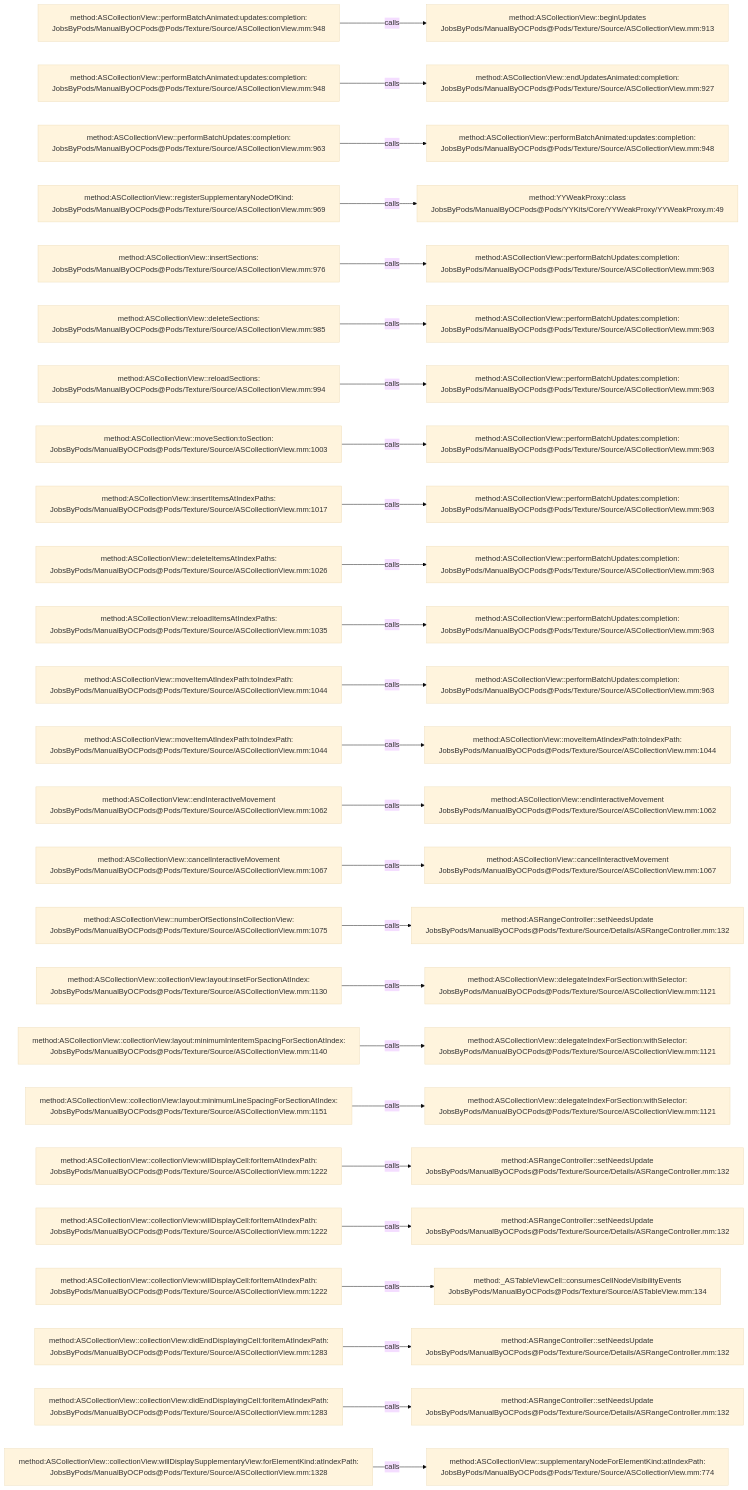
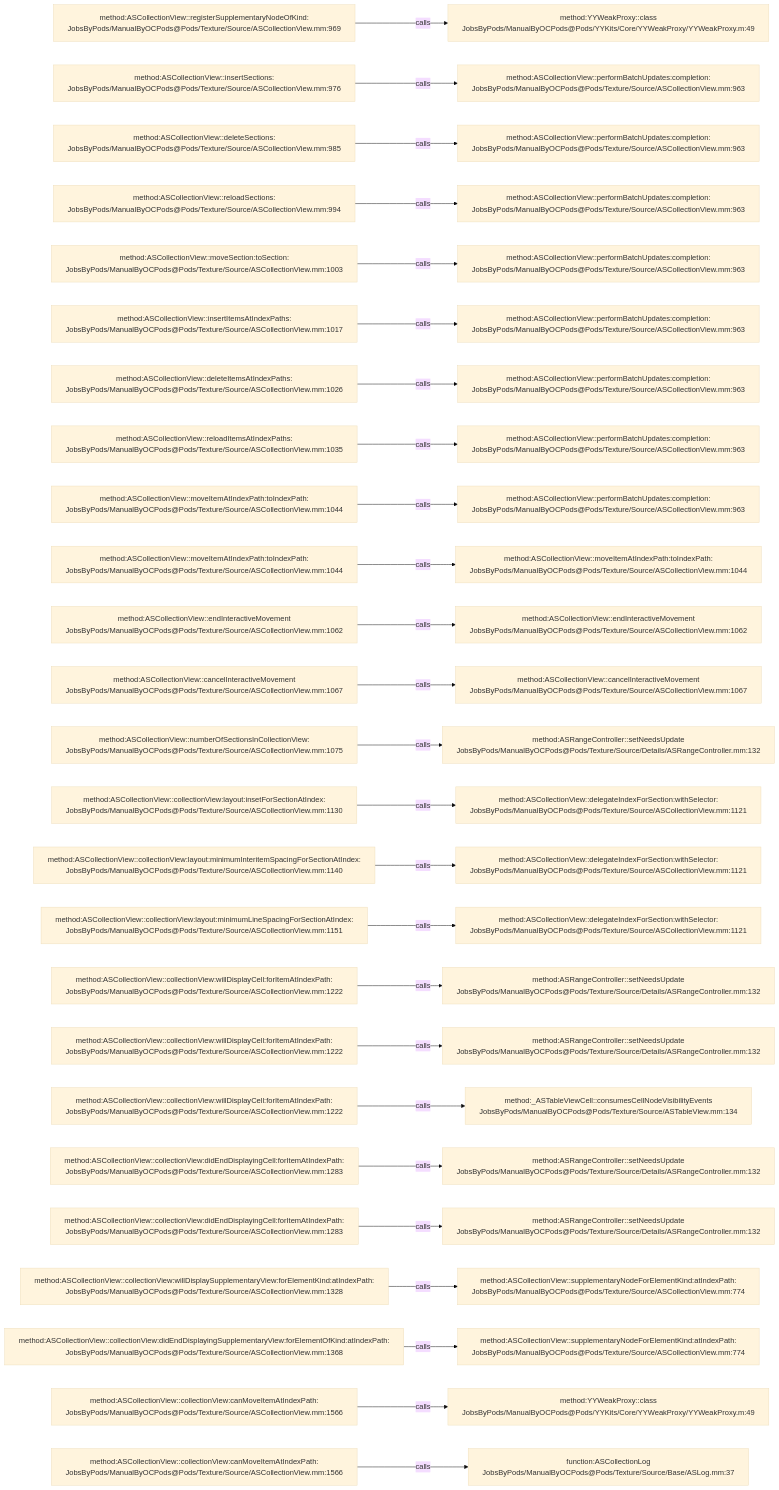
One commit to JobsKits/JobsOCBaseConfigDemo changed the diagram in .codegraph/codegraph.md/graphs/calls-083.md. Above: the diagram before and after it, drawn with Mermaid (base theme). The commit also changed 342 other files, not shown here.

````diff
--- a/.codegraph/codegraph.md/graphs/calls-083.md
+++ b/.codegraph/codegraph.md/graphs/calls-083.md
@@ -13,78 +13,78 @@
 ```mermaid
 flowchart LR
-  S1["method:ASCollectionView::performBatchAnimated:updates:completion:<br/>JobsByPods/ManualByOCPods@Pods/Texture/Source/ASCollectionView.mm:948"]
-  T1["method:ASCollectionView::beginUpdates<br/>JobsByPods/ManualByOCPods@Pods/Texture/Source/ASCollectionView.mm:913"]
+  S1["method:ASCollectionView::registerSupplementaryNodeOfKind:<br/>JobsByPods/ManualByOCPods@Pods/Texture/Source/ASCollectionView.mm:969"]
+  T1["method:YYWeakProxy::class<br/>JobsByPods/ManualByOCPods@Pods/YYKits/Core/YYWeakProxy/YYWeakProxy.m:49"]
   S1 -->|calls| T1
-  S2["method:ASCollectionView::performBatchAnimated:updates:completion:<br/>JobsByPods/ManualByOCPods@Pods/Texture/Source/ASCollectionView.mm:948"]
-  T2["method:ASCollectionView::endUpdatesAnimated:completion:<br/>JobsByPods/ManualByOCPods@Pods/Texture/Source/ASCollectionView.mm:927"]
+  S2["method:ASCollectionView::insertSections:<br/>JobsByPods/ManualByOCPods@Pods/Texture/Source/ASCollectionView.mm:976"]
+  T2["method:ASCollectionView::performBatchUpdates:completion:<br/>JobsByPods/ManualByOCPods@Pods/Texture/Source/ASCollectionView.mm:963"]
   S2 -->|calls| T2
-  S3["method:ASCollectionView::performBatchUpdates:completion:<br/>JobsByPods/ManualByOCPods@Pods/Texture/Source/ASCollectionView.mm:963"]
-  T3["method:ASCollectionView::performBatchAnimated:updates:completion:<br/>JobsByPods/ManualByOCPods@Pods/Texture/Source/ASCollectionView.mm:948"]
+  S3["method:ASCollectionView::deleteSections:<br/>JobsByPods/ManualByOCPods@Pods/Texture/Source/ASCollectionView.mm:985"]
+  T3["method:ASCollectionView::performBatchUpdates:completion:<br/>JobsByPods/ManualByOCPods@Pods/Texture/Source/ASCollectionView.mm:963"]
   S3 -->|calls| T3
-  S4["method:ASCollectionView::registerSupplementaryNodeOfKind:<br/>JobsByPods/ManualByOCPods@Pods/Texture/Source/ASCollectionView.mm:969"]
-  T4["method:YYWeakProxy::class<br/>JobsByPods/ManualByOCPods@Pods/YYKits/Core/YYWeakProxy/YYWeakProxy.m:49"]
+  S4["method:ASCollectionView::reloadSections:<br/>JobsByPods/ManualByOCPods@Pods/Texture/Source/ASCollectionView.mm:994"]
+  T4["method:ASCollectionView::performBatchUpdates:completion:<br/>JobsByPods/ManualByOCPods@Pods/Texture/Source/ASCollectionView.mm:963"]
   S4 -->|calls| T4
-  S5["method:ASCollectionView::insertSections:<br/>JobsByPods/ManualByOCPods@Pods/Texture/Source/ASCollectionView.mm:976"]
+  S5["method:ASCollectionView::moveSection:toSection:<br/>JobsByPods/ManualByOCPods@Pods/Texture/Source/ASCollectionView.mm:1003"]
   T5["method:ASCollectionView::performBatchUpdates:completion:<br/>JobsByPods/ManualByOCPods@Pods/Texture/Source/ASCollectionView.mm:963"]
   S5 -->|calls| T5
-  S6["method:ASCollectionView::deleteSections:<br/>JobsByPods/ManualByOCPods@Pods/Texture/Source/ASCollectionView.mm:985"]
+  S6["method:ASCollectionView::insertItemsAtIndexPaths:<br/>JobsByPods/ManualByOCPods@Pods/Texture/Source/ASCollectionView.mm:1017"]
   T6["method:ASCollectionView::performBatchUpdates:completion:<br/>JobsByPods/ManualByOCPods@Pods/Texture/Source/ASCollectionView.mm:963"]
   S6 -->|calls| T6
-  S7["method:ASCollectionView::reloadSections:<br/>JobsByPods/ManualByOCPods@Pods/Texture/Source/ASCollectionView.mm:994"]
+  S7["method:ASCollectionView::deleteItemsAtIndexPaths:<br/>JobsByPods/ManualByOCPods@Pods/Texture/Source/ASCollectionView.mm:1026"]
   T7["method:ASCollectionView::performBatchUpdates:completion:<br/>JobsByPods/ManualByOCPods@Pods/Texture/Source/ASCollectionView.mm:963"]
   S7 -->|calls| T7
-  S8["method:ASCollectionView::moveSection:toSection:<br/>JobsByPods/ManualByOCPods@Pods/Texture/Source/ASCollectionView.mm:1003"]
+  S8["method:ASCollectionView::reloadItemsAtIndexPaths:<br/>JobsByPods/ManualByOCPods@Pods/Texture/Source/ASCollectionView.mm:1035"]
   T8["method:ASCollectionView::performBatchUpdates:completion:<br/>JobsByPods/ManualByOCPods@Pods/Texture/Source/ASCollectionView.mm:963"]
   S8 -->|calls| T8
-  S9["method:ASCollectionView::insertItemsAtIndexPaths:<br/>JobsByPods/ManualByOCPods@Pods/Texture/Source/ASCollectionView.mm:1017"]
+  S9["method:ASCollectionView::moveItemAtIndexPath:toIndexPath:<br/>JobsByPods/ManualByOCPods@Pods/Texture/Source/ASCollectionView.mm:1044"]
   T9["method:ASCollectionView::performBatchUpdates:completion:<br/>JobsByPods/ManualByOCPods@Pods/Texture/Source/ASCollectionView.mm:963"]
   S9 -->|calls| T9
-  S10["method:ASCollectionView::deleteItemsAtIndexPaths:<br/>JobsByPods/ManualByOCPods@Pods/Texture/Source/ASCollectionView.mm:1026"]
-  T10["method:ASCollectionView::performBatchUpdates:completion:<br/>JobsByPods/ManualByOCPods@Pods/Texture/Source/ASCollectionView.mm:963"]
+  S10["method:ASCollectionView::moveItemAtIndexPath:toIndexPath:<br/>JobsByPods/ManualByOCPods@Pods/Texture/Source/ASCollectionView.mm:1044"]
+  T10["method:ASCollectionView::moveItemAtIndexPath:toIndexPath:<br/>JobsByPods/ManualByOCPods@Pods/Texture/Source/ASCollectionView.mm:1044"]
   S10 -->|calls| T10
-  S11["method:ASCollectionView::reloadItemsAtIndexPaths:<br/>JobsByPods/ManualByOCPods@Pods/Texture/Source/ASCollectionView.mm:1035"]
-  T11["method:ASCollectionView::performBatchUpdates:completion:<br/>JobsByPods/ManualByOCPods@Pods/Texture/Source/ASCollectionView.mm:963"]
+  S11["method:ASCollectionView::endInteractiveMovement<br/>JobsByPods/ManualByOCPods@Pods/Texture/Source/ASCollectionView.mm:1062"]
+  T11["method:ASCollectionView::endInteractiveMovement<br/>JobsByPods/ManualByOCPods@Pods/Texture/Source/ASCollectionView.mm:1062"]
   S11 -->|calls| T11
-  S12["method:ASCollectionView::moveItemAtIndexPath:toIndexPath:<br/>JobsByPods/ManualByOCPods@Pods/Texture/Source/ASCollectionView.mm:1044"]
-  T12["method:ASCollectionView::performBatchUpdates:completion:<br/>JobsByPods/ManualByOCPods@Pods/Texture/Source/ASCollectionView.mm:963"]
+  S12["method:ASCollectionView::cancelInteractiveMovement<br/>JobsByPods/ManualByOCPods@Pods/Texture/Source/ASCollectionView.mm:1067"]
+  T12["method:ASCollectionView::cancelInteractiveMovement<br/>JobsByPods/ManualByOCPods@Pods/Texture/Source/ASCollectionView.mm:1067"]
   S12 -->|calls| T12
-  S13["method:ASCollectionView::moveItemAtIndexPath:toIndexPath:<br/>JobsByPods/ManualByOCPods@Pods/Texture/Source/ASCollectionView.mm:1044"]
-  T13["method:ASCollectionView::moveItemAtIndexPath:toIndexPath:<br/>JobsByPods/ManualByOCPods@Pods/Texture/Source/ASCollectionView.mm:1044"]
+  S13["method:ASCollectionView::numberOfSectionsInCollectionView:<br/>JobsByPods/ManualByOCPods@Pods/Texture/Source/ASCollectionView.mm:1075"]
+  T13["method:ASRangeController::setNeedsUpdate<br/>JobsByPods/ManualByOCPods@Pods/Texture/Source/Details/ASRangeController.mm:132"]
   S13 -->|calls| T13
-  S14["method:ASCollectionView::endInteractiveMovement<br/>JobsByPods/ManualByOCPods@Pods/Texture/Source/ASCollectionView.mm:1062"]
-  T14["method:ASCollectionView::endInteractiveMovement<br/>JobsByPods/ManualByOCPods@Pods/Texture/Source/ASCollectionView.mm:1062"]
+  S14["method:ASCollectionView::collectionView:layout:insetForSectionAtIndex:<br/>JobsByPods/ManualByOCPods@Pods/Texture/Source/ASCollectionView.mm:1130"]
+  T14["method:ASCollectionView::delegateIndexForSection:withSelector:<br/>JobsByPods/ManualByOCPods@Pods/Texture/Source/ASCollectionView.mm:1121"]
   S14 -->|calls| T14
-  S15["method:ASCollectionView::cancelInteractiveMovement<br/>JobsByPods/ManualByOCPods@Pods/Texture/Source/ASCollectionView.mm:1067"]
-  T15["method:ASCollectionView::cancelInteractiveMovement<br/>JobsByPods/ManualByOCPods@Pods/Texture/Source/ASCollectionView.mm:1067"]
+  S15["method:ASCollectionView::collectionView:layout:minimumInteritemSpacingForSectionAtIndex:<br/>JobsByPods/ManualByOCPods@Pods/Texture/Source/ASCollectionView.mm:1140"]
+  T15["method:ASCollectionView::delegateIndexForSection:withSelector:<br/>JobsByPods/ManualByOCPods@Pods/Texture/Source/ASCollectionView.mm:1121"]
   S15 -->|calls| T15
-  S16["method:ASCollectionView::numberOfSectionsInCollectionView:<br/>JobsByPods/ManualByOCPods@Pods/Texture/Source/ASCollectionView.mm:1075"]
-  T16["method:ASRangeController::setNeedsUpdate<br/>JobsByPods/ManualByOCPods@Pods/Texture/Source/Details/ASRangeController.mm:132"]
+  S16["method:ASCollectionView::collectionView:layout:minimumLineSpacingForSectionAtIndex:<br/>JobsByPods/ManualByOCPods@Pods/Texture/Source/ASCollectionView.mm:1151"]
+  T16["method:ASCollectionView::delegateIndexForSection:withSelector:<br/>JobsByPods/ManualByOCPods@Pods/Texture/Source/ASCollectionView.mm:1121"]
   S16 -->|calls| T16
-  S17["method:ASCollectionView::collectionView:layout:insetForSectionAtIndex:<br/>JobsByPods/ManualByOCPods@Pods/Texture/Source/ASCollectionView.mm:1130"]
-  T17["method:ASCollectionView::delegateIndexForSection:withSelector:<br/>JobsByPods/ManualByOCPods@Pods/Texture/Source/ASCollectionView.mm:1121"]
+  S17["method:ASCollectionView::collectionView:willDisplayCell:forItemAtIndexPath:<br/>JobsByPods/ManualByOCPods@Pods/Texture/Source/ASCollectionView.mm:1222"]
+  T17["method:ASRangeController::setNeedsUpdate<br/>JobsByPods/ManualByOCPods@Pods/Texture/Source/Details/ASRangeController.mm:132"]
   S17 -->|calls| T17
-  S18["method:ASCollectionView::collectionView:layout:minimumInteritemSpacingForSectionAtIndex:<br/>JobsByPods/ManualByOCPods@Pods/Texture/Source/ASCollectionView.mm:1140"]
-  T18["method:ASCollectionView::delegateIndexForSection:withSelector:<br/>JobsByPods/ManualByOCPods@Pods/Texture/Source/ASCollectionView.mm:1121"]
+  S18["method:ASCollectionView::collectionView:willDisplayCell:forItemAtIndexPath:<br/>JobsByPods/ManualByOCPods@Pods/Texture/Source/ASCollectionView.mm:1222"]
+  T18["method:ASRangeController::setNeedsUpdate<br/>JobsByPods/ManualByOCPods@Pods/Texture/Source/Details/ASRangeController.mm:132"]
   S18 -->|calls| T18
-  S19["method:ASCollectionView::collectionView:layout:minimumLineSpacingForSectionAtIndex:<br/>JobsByPods/ManualByOCPods@Pods/Texture/Source/ASCollectionView.mm:1151"]
-  T19["method:ASCollectionView::delegateIndexForSection:withSelector:<br/>JobsByPods/ManualByOCPods@Pods/Texture/Source/ASCollectionView.mm:1121"]
+  S19["method:ASCollectionView::collectionView:willDisplayCell:forItemAtIndexPath:<br/>JobsByPods/ManualByOCPods@Pods/Texture/Source/ASCollectionView.mm:1222"]
+  T19["method:_ASTableViewCell::consumesCellNodeVisibilityEvents<br/>JobsByPods/ManualByOCPods@Pods/Texture/Source/ASTableView.mm:134"]
   S19 -->|calls| T19
-  S20["method:ASCollectionView::collectionView:willDisplayCell:forItemAtIndexPath:<br/>JobsByPods/ManualByOCPods@Pods/Texture/Source/ASCollectionView.mm:1222"]
+  S20["method:ASCollectionView::collectionView:didEndDisplayingCell:forItemAtIndexPath:<br/>JobsByPods/ManualByOCPods@Pods/Texture/Source/ASCollectionView.mm:1283"]
   T20["method:ASRangeController::setNeedsUpdate<br/>JobsByPods/ManualByOCPods@Pods/Texture/Source/Details/ASRangeController.mm:132"]
   S20 -->|calls| T20
-  S21["method:ASCollectionView::collectionView:willDisplayCell:forItemAtIndexPath:<br/>JobsByPods/ManualByOCPods@Pods/Texture/Source/ASCollectionView.mm:1222"]
+  S21["method:ASCollectionView::collectionView:didEndDisplayingCell:forItemAtIndexPath:<br/>JobsByPods/ManualByOCPods@Pods/Texture/Source/ASCollectionView.mm:1283"]
   T21["method:ASRangeController::setNeedsUpdate<br/>JobsByPods/ManualByOCPods@Pods/Texture/Source/Details/ASRangeController.mm:132"]
   S21 -->|calls| T21
-  S22["method:ASCollectionView::collectionView:willDisplayCell:forItemAtIndexPath:<br/>JobsByPods/ManualByOCPods@Pods/Texture/Source/ASCollectionView.mm:1222"]
-  T22["method:_ASTableViewCell::consumesCellNodeVisibilityEvents<br/>JobsByPods/ManualByOCPods@Pods/Texture/Source/ASTableView.mm:134"]
+  S22["method:ASCollectionView::collectionView:willDisplaySupplementaryView:forElementKind:atIndexPath:<br/>JobsByPods/ManualByOCPods@Pods/Texture/Source/ASCollectionView.mm:1328"]
+  T22["method:ASCollectionView::supplementaryNodeForElementKind:atIndexPath:<br/>JobsByPods/ManualByOCPods@Pods/Texture/Source/ASCollectionView.mm:774"]
   S22 -->|calls| T22
-  S23["method:ASCollectionView::collectionView:didEndDisplayingCell:forItemAtIndexPath:<br/>JobsByPods/ManualByOCPods@Pods/Texture/Source/ASCollectionView.mm:1283"]
-  T23["method:ASRangeController::setNeedsUpdate<br/>JobsByPods/ManualByOCPods@Pods/Texture/Source/Details/ASRangeController.mm:132"]
+  S23["method:ASCollectionView::collectionView:didEndDisplayingSupplementaryView:forElementOfKind:atIndexPath:<br/>JobsByPods/ManualByOCPods@Pods/Texture/Source/ASCollectionView.mm:1368"]
+  T23["method:ASCollectionView::supplementaryNodeForElementKind:atIndexPath:<br/>JobsByPods/ManualByOCPods@Pods/Texture/Source/ASCollectionView.mm:774"]
   S23 -->|calls| T23
-  S24["method:ASCollectionView::collectionView:didEndDisplayingCell:forItemAtIndexPath:<br/>JobsByPods/ManualByOCPods@Pods/Texture/Source/ASCollectionView.mm:1283"]
-  T24["method:ASRangeController::setNeedsUpdate<br/>JobsByPods/ManualByOCPods@Pods/Texture/Source/Details/ASRangeController.mm:132"]
+  S24["method:ASCollectionView::collectionView:canMoveItemAtIndexPath:<br/>JobsByPods/ManualByOCPods@Pods/Texture/Source/ASCollectionView.mm:1566"]
+  T24["method:YYWeakProxy::class<br/>JobsByPods/ManualByOCPods@Pods/YYKits/Core/YYWeakProxy/YYWeakProxy.m:49"]
   S24 -->|calls| T24
-  S25["method:ASCollectionView::collectionView:willDisplaySupplementaryView:forElementKind:atIndexPath:<br/>JobsByPods/ManualByOCPods@Pods/Texture/Source/ASCollectionView.mm:1328"]
-  T25["method:ASCollectionView::supplementaryNodeForElementKind:atIndexPath:<br/>JobsByPods/ManualByOCPods@Pods/Texture/Source/ASCollectionView.mm:774"]
+  S25["method:ASCollectionView::collectionView:canMoveItemAtIndexPath:<br/>JobsByPods/ManualByOCPods@Pods/Texture/Source/ASCollectionView.mm:1566"]
+  T25["function:ASCollectionLog<br/>JobsByPods/ManualByOCPods@Pods/Texture/Source/Base/ASLog.mm:37"]
   S25 -->|calls| T25
 ```
````
